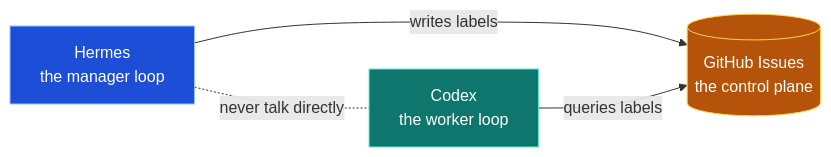
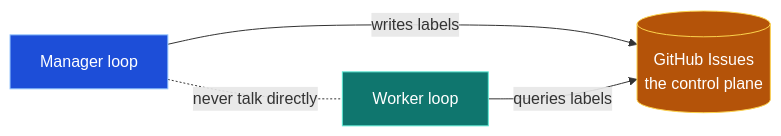
One commit to owainlewis/youtube-tutorials changed the second of 2 diagrams in tutorials/loop-engineering/README.md. Above: the diagram before and after it, drawn with Mermaid. The commit also changed other lines of this file, not shown here.

Commit message:
docs: sync loop engineering tutorial to Claude Code + Codex framing

````diff
--- a/tutorials/loop-engineering/README.md
+++ b/tutorials/loop-engineering/README.md
@@ -54,13 +76,13 @@
 ```mermaid
 graph LR
-    H[Hermes<br/>the manager loop] -->|writes labels| S[(GitHub Issues<br/>the control plane)]
-    C[Codex<br/>the worker loop] -->|queries labels| S
+    H[Manager loop] -->|writes labels| S[(GitHub Issues<br/>the control plane)]
+    C[Worker loop] -->|queries labels| S
     H -.never talk directly.- C
 
     classDef manager fill:#1d4ed8,stroke:#93c5fd,color:#ffffff
     classDef worker fill:#0f766e,stroke:#5eead4,color:#ffffff
     classDef state fill:#b45309,stroke:#fcd34d,color:#ffffff
     class H manager
     class C worker
     class S state
 ```
````
